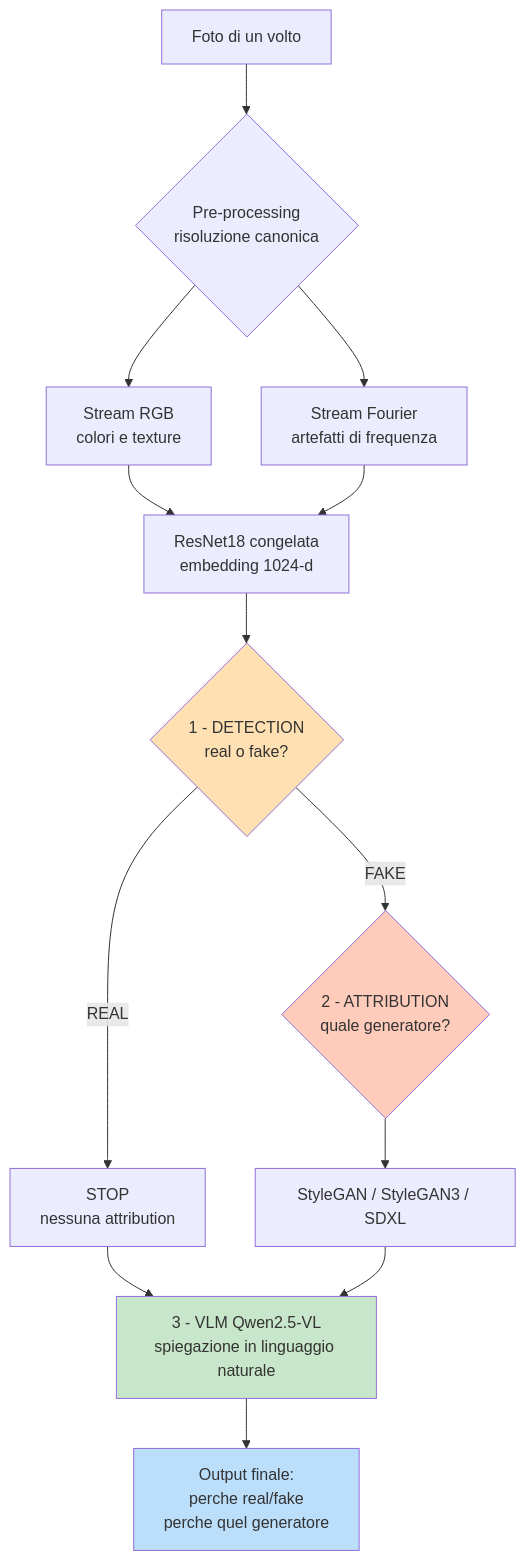
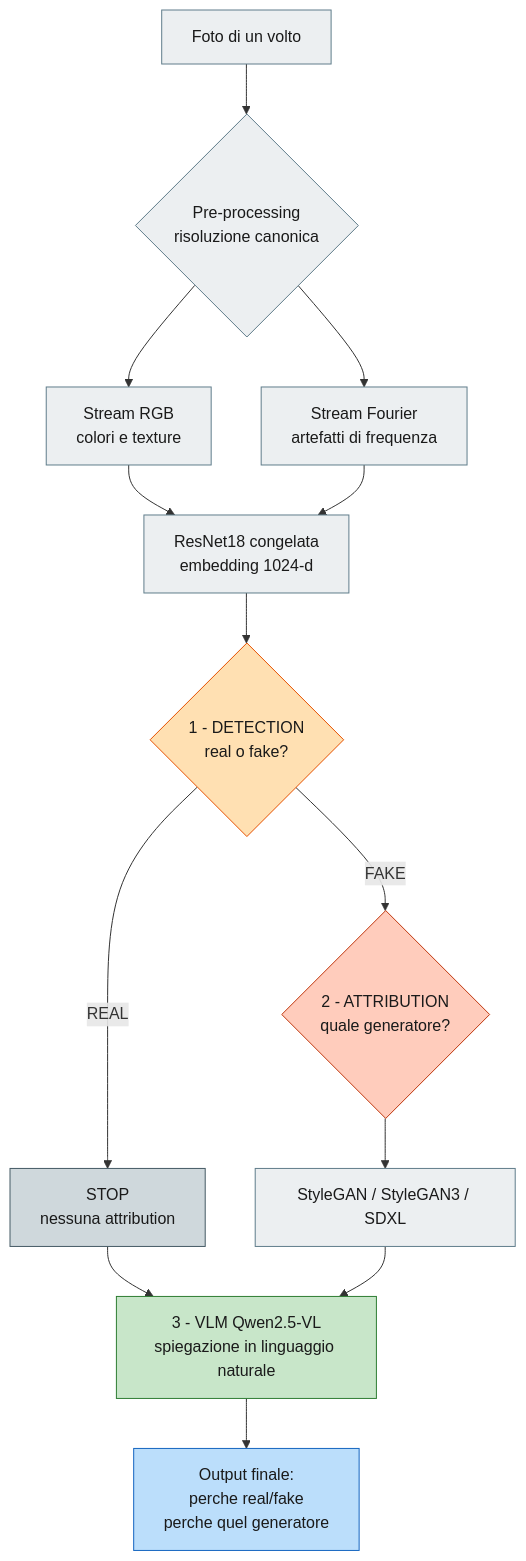
One commit to giuliopedicone02/MultimediaForensics changed the diagram in Progetto/report/report.md. Above: the diagram before and after it, drawn with Mermaid.

Commit message:
Fix: diagramma Mermaid leggibile (testo scuro su fill chiaro in ogni tema)

````diff
--- a/Progetto/report/report.md
+++ b/Progetto/report/report.md
@@ -92,27 +92,37 @@
 ```mermaid
 flowchart TD
     A[Foto di un volto] --> B{Pre-processing<br/>risoluzione canonica}
 
     B --> C1[Stream RGB<br/>colori e texture]
     B --> C2[Stream Fourier<br/>artefatti di frequenza]
 
     C1 --> D[ResNet18 congelata<br/>embedding 1024-d]
     C2 --> D
 
     D --> E{1 - DETECTION<br/>real o fake?}
 
     E -->|REAL| F[STOP<br/>nessuna attribution]
     E -->|FAKE| G{2 - ATTRIBUTION<br/>quale generatore?}
 
     G --> H[StyleGAN / StyleGAN3 / SDXL]
 
     F --> I[3 - VLM Qwen2.5-VL<br/>spiegazione in linguaggio naturale]
     H --> I
 
     I --> J[Output finale:<br/>perche real/fake<br/>perche quel generatore]
 
-    style E fill:#ffe0b2
-    style G fill:#ffccbc
-    style I fill:#c8e6c9
-    style J fill:#bbdefb
+    %% fill chiaro + testo scuro su OGNI nodo: leggibile sia in tema chiaro sia scuro
+    classDef step fill:#eceff1,stroke:#607d8b,color:#1a1a1a
+    classDef det  fill:#ffe0b2,stroke:#e65100,color:#1a1a1a
+    classDef attr fill:#ffccbc,stroke:#bf360c,color:#1a1a1a
+    classDef stop fill:#cfd8dc,stroke:#455a64,color:#1a1a1a
+    classDef vlm  fill:#c8e6c9,stroke:#2e7d32,color:#1a1a1a
+    classDef out  fill:#bbdefb,stroke:#1565c0,color:#1a1a1a
+
+    class A,B,C1,C2,D,H step
+    class E det
+    class G attr
+    class F stop
+    class I vlm
+    class J out
 ```
````
